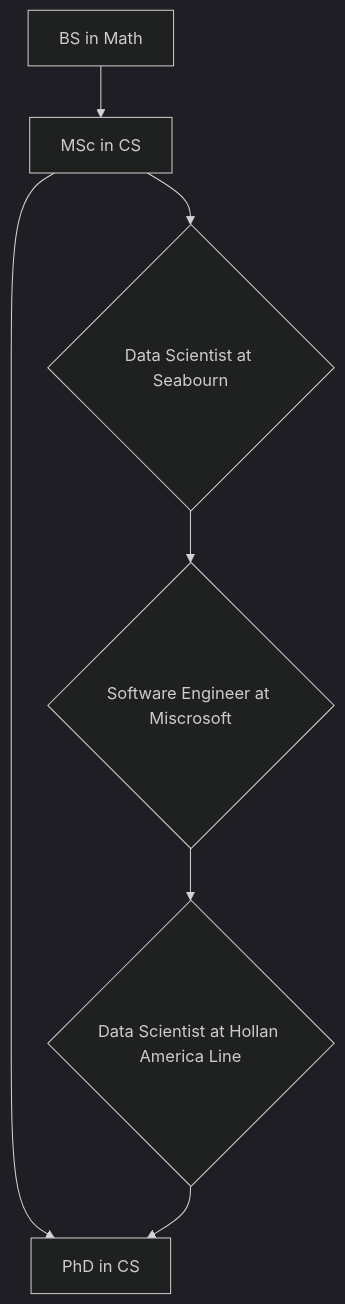
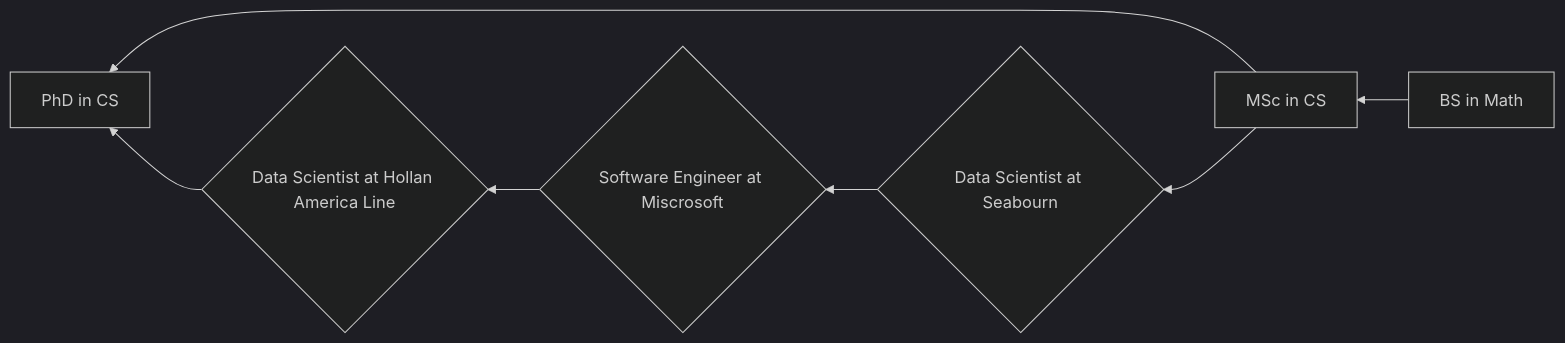
One commit to LeyliG/LeyliG changed the diagram in README.md. Above: the diagram before and after it, drawn with Mermaid (dark theme).

````diff
--- a/README.md
+++ b/README.md
@@ -31,9 +31,9 @@
 ```mermaid
-  flowchart TB
+  flowchart RL
       A[BS in Math] --> B[MSc in CS];
       B --> C[PhD in CS];
       B --> D{Data Scientist at Seabourn};
       D --> E{Software Engineer at Miscrosoft};
       E --> F{Data Scientist at Hollan America Line};
       F --> C;
 ```
````
